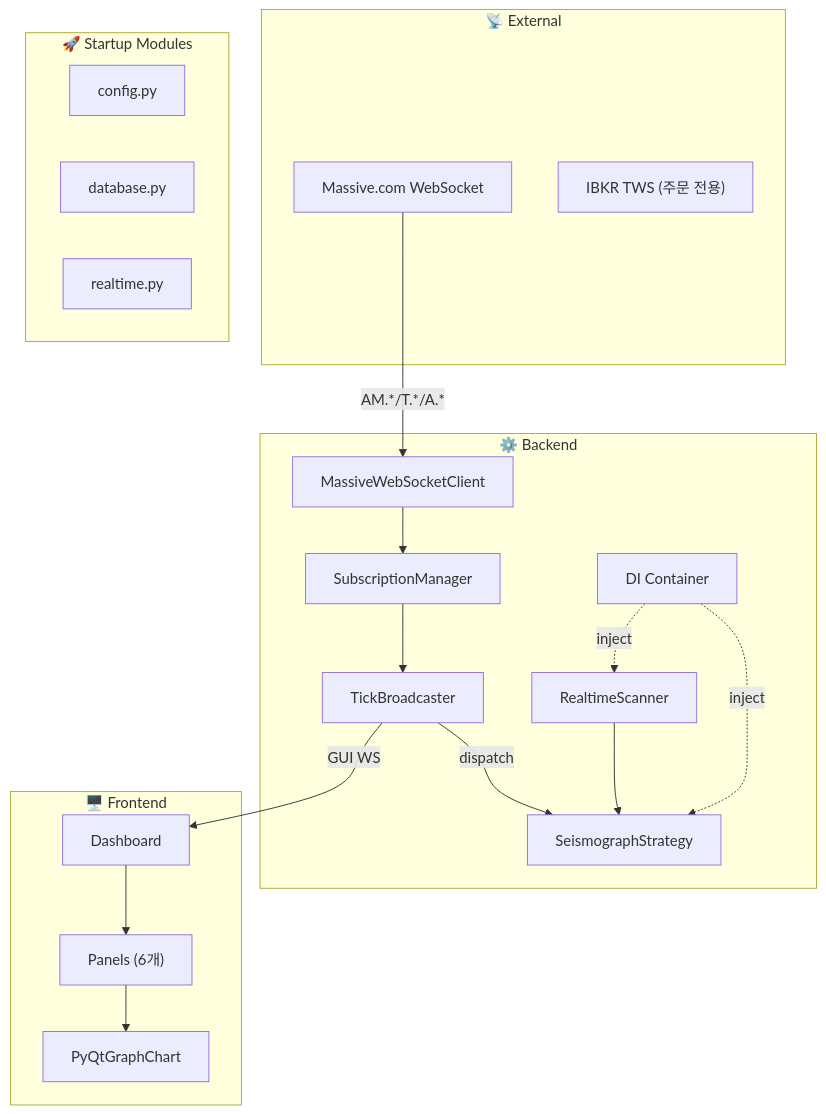
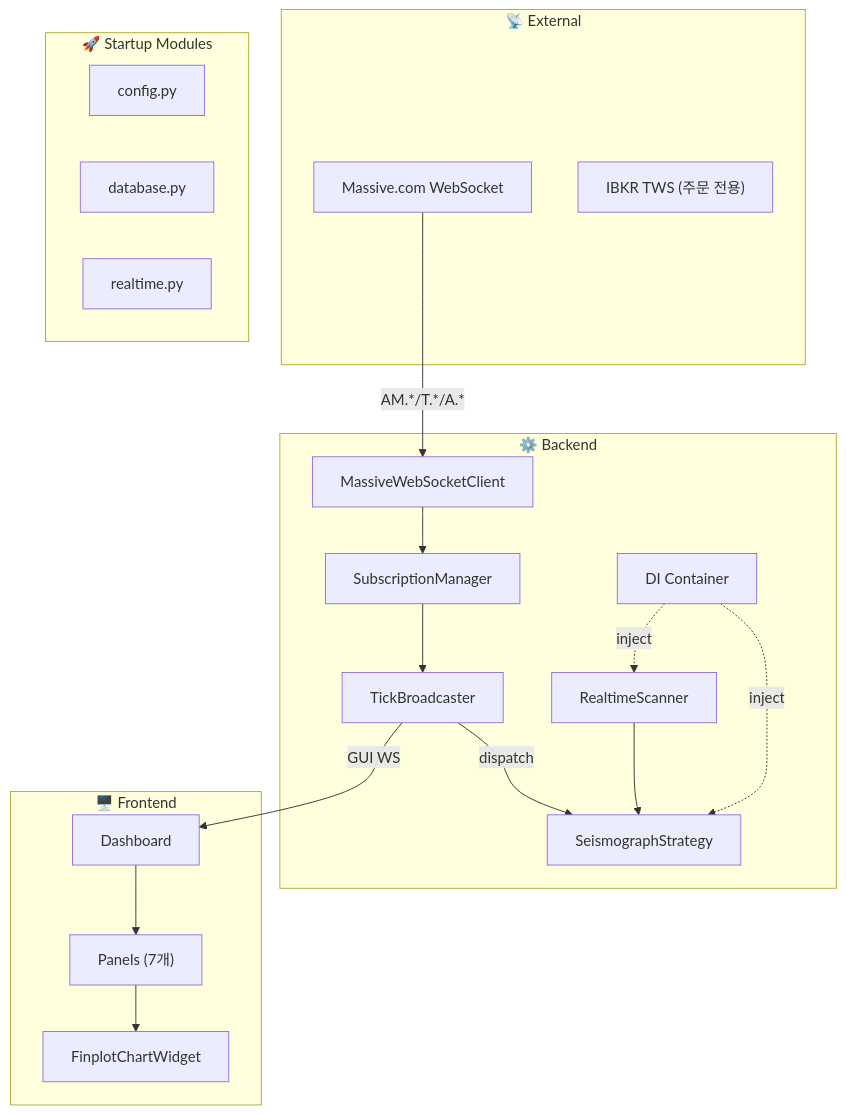
One commit to MN1-bit/sigma9_0.1 changed the first of 2 diagrams in .agent/Ref/archt.md. Above: the diagram before and after it, drawn with Mermaid. The commit also changed other lines of this file and 176 other files, not shown here.

````diff
--- a/.agent/Ref/archt.md
+++ b/.agent/Ref/archt.md
@@ -61,39 +61,39 @@
 ```mermaid
 flowchart TB
     subgraph External["📡 External"]
         MASSIVE["Massive.com WebSocket"]
         IBKR["IBKR TWS (주문 전용)"]
     end
 
     subgraph Backend["⚙️ Backend"]
         CONTAINER["DI Container"]
         WS_CLIENT["MassiveWebSocketClient"]
         TICK_BROADCAST["TickBroadcaster"]
         SUB_MGR["SubscriptionManager"]
         SCANNER["RealtimeScanner"]
         STRATEGY["SeismographStrategy"]
     end
 
     subgraph Startup["🚀 Startup Modules"]
         CONFIG["config.py"]
         DATABASE["database.py"]
         REALTIME["realtime.py"]
     end
 
     subgraph Frontend["🖥️ Frontend"]
         DASHBOARD["Dashboard"]
-        PANELS["Panels (6개)"]
-        CHART["PyQtGraphChart"]
+        PANELS["Panels (7개)"]
+        CHART["FinplotChartWidget"]
     end
 
     MASSIVE -->|"AM.*/T.*/A.*"| WS_CLIENT
     WS_CLIENT --> SUB_MGR
     SUB_MGR --> TICK_BROADCAST
     TICK_BROADCAST -->|"GUI WS"| DASHBOARD
     TICK_BROADCAST -->|"dispatch"| STRATEGY
     SCANNER --> STRATEGY
     DASHBOARD --> PANELS
     PANELS --> CHART
     CONTAINER -.->|"inject"| SCANNER
     CONTAINER -.->|"inject"| STRATEGY
 ```
````
